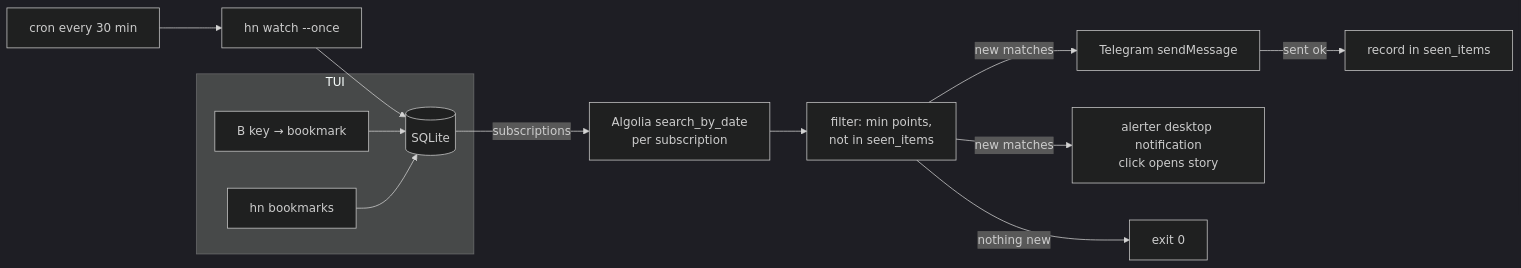
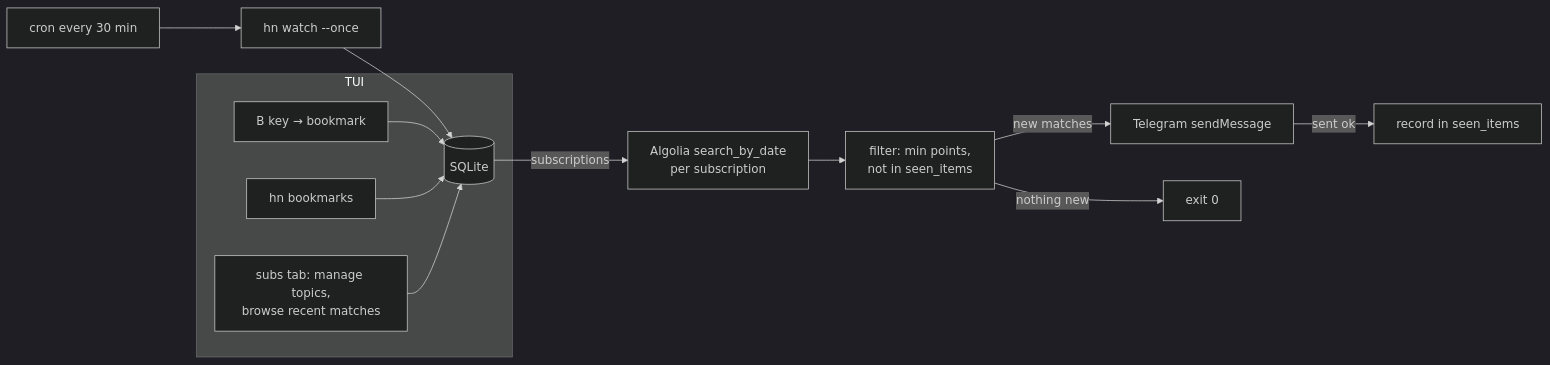
The diagram in specs/v3/00-overview.md (navinrc/hn-bits), drawn with Mermaid (dark theme) before and after one commit. The commit also changed other lines of this file and 11 other files, not shown here.

````diff
--- a/specs/v3/00-overview.md
+++ b/specs/v3/00-overview.md
@@ -25,15 +25,15 @@
 ```mermaid
 flowchart LR
     CRON[cron every 30 min] --> W[hn watch --once]
     W --> DB[(SQLite)]
     DB -->|subscriptions| Q[Algolia search_by_date<br/>per subscription]
     Q --> F[filter: min points,<br/>not in seen_items]
     F -->|new matches| N[Telegram sendMessage]
-    F -->|new matches| D[alerter desktop notification<br/>click opens story]
     N -->|sent ok| S[record in seen_items]
     F -->|nothing new| X[exit 0]
     subgraph TUI
         B[B key → bookmark] --> DB
         BM[hn bookmarks] --> DB
+        ST[subs tab: manage topics,<br/>browse recent matches] --> DB
     end
 ```
````
